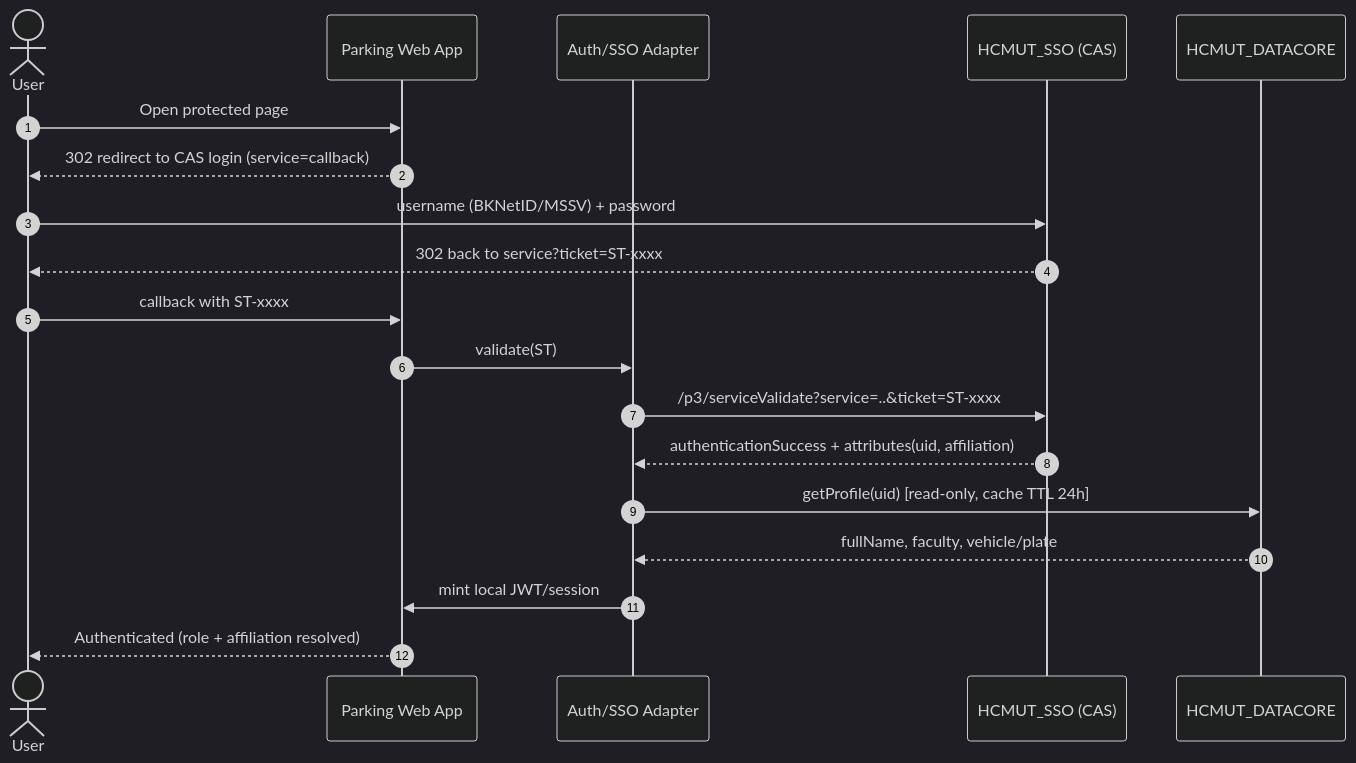
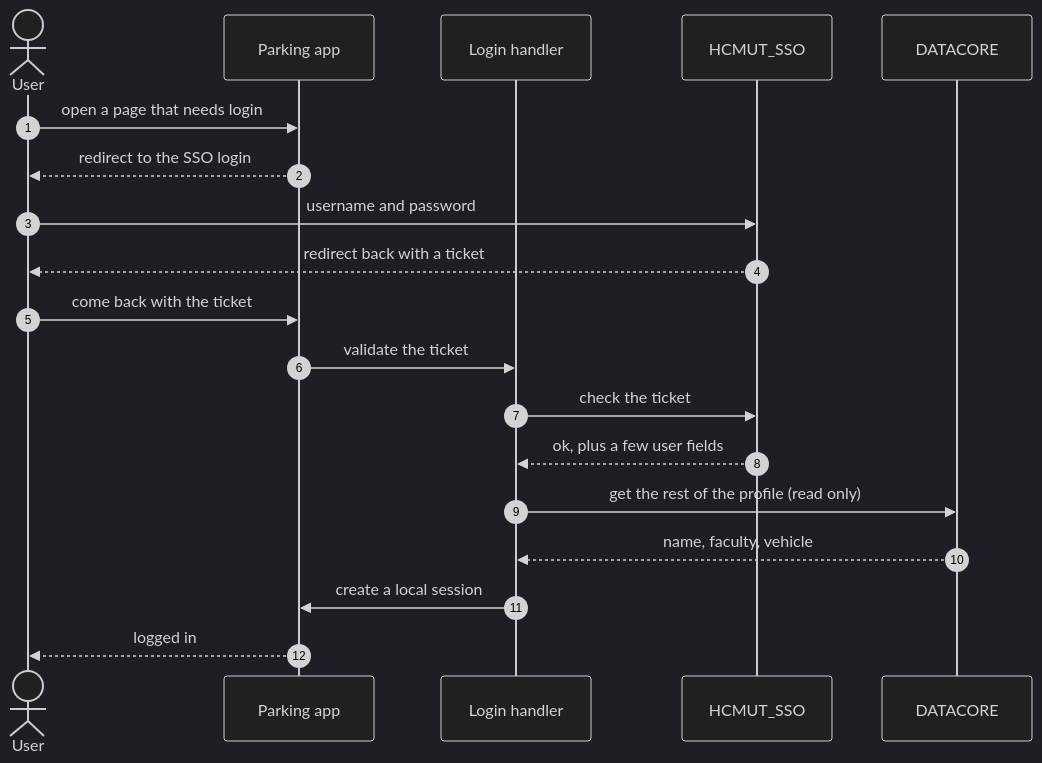
One commit to XeminoL/SmartParking_-IoT-SPMS- changed the fourth of 10 diagrams in docs/02-uml-and-ui.md. Above: the diagram before and after it, drawn with Mermaid (dark theme). The commit also changed other lines of this file and 14 other files, not shown here.

````diff
--- a/docs/02-uml-and-ui.md
+++ b/docs/02-uml-and-ui.md
@@ -223,22 +192,22 @@
 ```mermaid
 sequenceDiagram
     autonumber
     actor User
-    participant App as Parking Web App
-    participant Auth as Auth/SSO Adapter
-    participant CAS as HCMUT_SSO (CAS)
-    participant DC as HCMUT_DATACORE
+    participant App as Parking app
+    participant Auth as Login handler
+    participant CAS as HCMUT_SSO
+    participant DC as DATACORE
 
-    User->>App: Open protected page
-    App-->>User: 302 redirect to CAS login (service=callback)
-    User->>CAS: username (BKNetID/MSSV) + password
-    CAS-->>User: 302 back to service?ticket=ST-xxxx
-    User->>App: callback with ST-xxxx
-    App->>Auth: validate(ST)
-    Auth->>CAS: /p3/serviceValidate?service=..&ticket=ST-xxxx
-    CAS-->>Auth: authenticationSuccess + attributes(uid, affiliation)
-    Auth->>DC: getProfile(uid)  [read-only, cache TTL 24h]
-    DC-->>Auth: fullName, faculty, vehicle/plate
-    Auth->>App: mint local JWT/session
-    App-->>User: Authenticated (role + affiliation resolved)
+    User->>App: open a page that needs login
+    App-->>User: redirect to the SSO login
+    User->>CAS: username and password
+    CAS-->>User: redirect back with a ticket
+    User->>App: come back with the ticket
+    App->>Auth: validate the ticket
+    Auth->>CAS: check the ticket
+    CAS-->>Auth: ok, plus a few user fields
+    Auth->>DC: get the rest of the profile (read only)
+    DC-->>Auth: name, faculty, vehicle
+    Auth->>App: create a local session
+    App-->>User: logged in
 ```
````
